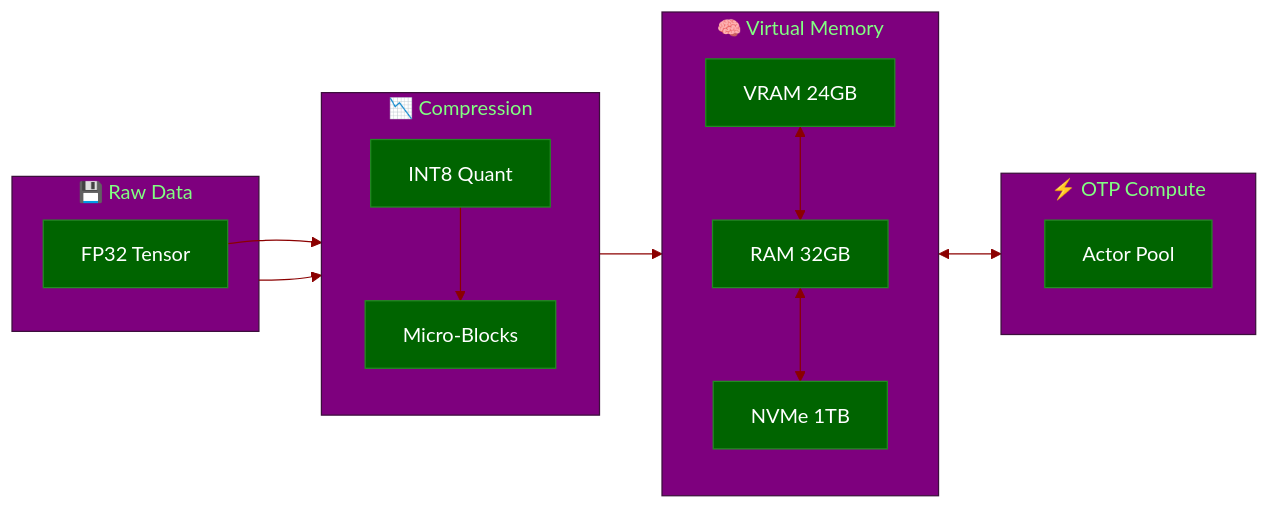
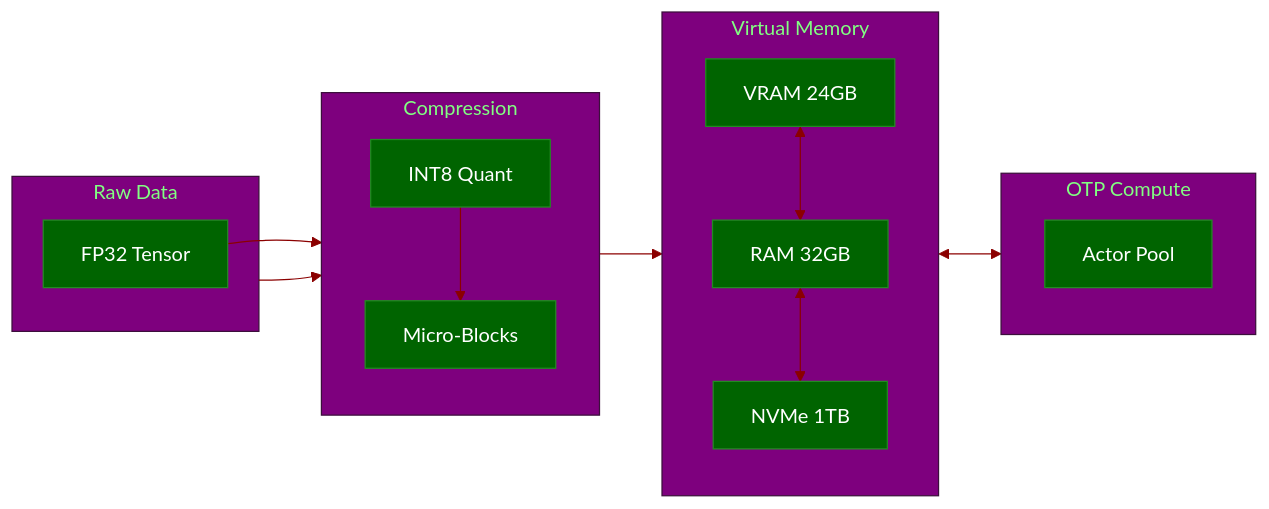
Before and after one commit to gabrielmaialva33/viva_tensor: the first of 2 diagrams in README.md, drawn with Mermaid. The commit also changed other lines of this file and 19 other files, not shown here.

````diff
--- a/README.md
+++ b/README.md
@@ -32,31 +29,31 @@
 ```mermaid
 %%{init: {'theme': 'base', 'themeVariables': { 'primaryColor': '#006400', 'primaryTextColor': '#fff', 'primaryBorderColor': '#228B22', 'lineColor': '#8B0000', 'secondaryColor': '#B22222'}}}%%
 flowchart LR
-    subgraph Raw["💾 Raw Data"]
+    subgraph Raw["Raw Data"]
         FP32[FP32 Tensor]
     end
 
-    subgraph Compress["📉 Compression"]
+    subgraph Compress["Compression"]
         direction TB
         Q8[INT8 Quant]
         MB[Micro-Blocks]
         FP32 --> Q8
         Q8 --> MB
     end
 
-    subgraph Memory["🧠 Virtual Memory"]
+    subgraph Memory["Virtual Memory"]
         VRAM["VRAM 24GB"]
         RAM["RAM 32GB"]
         DISK["NVMe 1TB"]
         VRAM <--> RAM
         RAM <--> DISK
     end
 
-    subgraph Compute["⚡ OTP Compute"]
+    subgraph Compute["OTP Compute"]
         ACT[Actor Pool]
     end
 
     Raw --> Compress
     Compress --> Memory
     Memory <--> Compute
 ```
````
